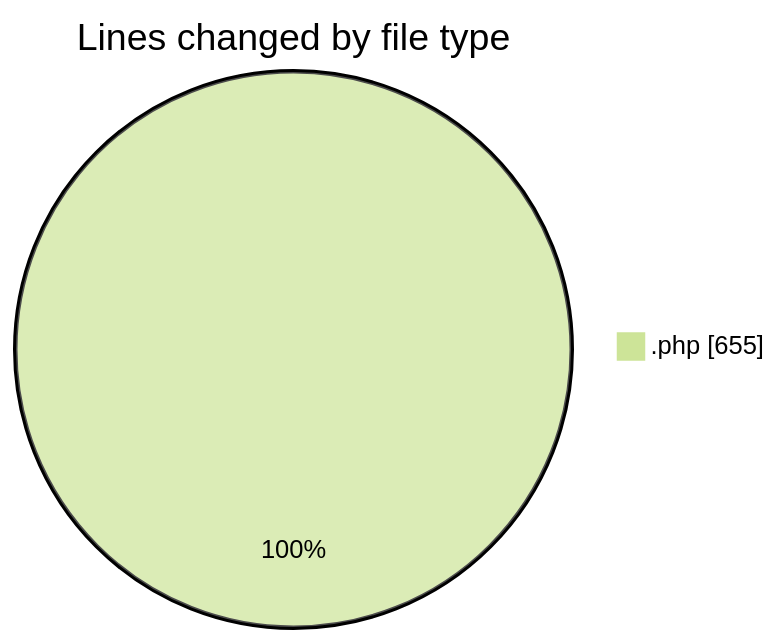
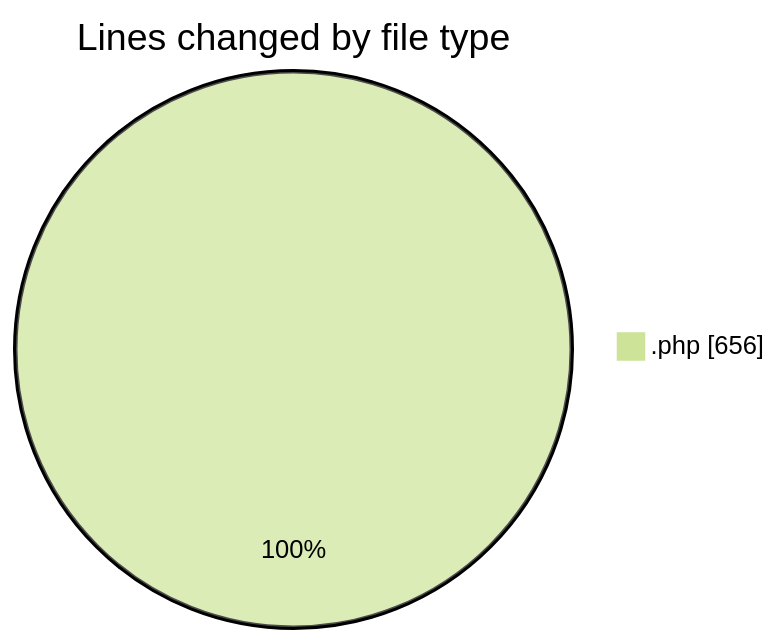
The first of 2 diagrams in 2025-01-22/oficina/README.md (LanceThiago/code-tracking), drawn with Mermaid (forest theme) before and after one commit. The commit also changed other lines of this file and 1 other file, not shown here.

````diff
--- a/2025-01-22/oficina/README.md
+++ b/2025-01-22/oficina/README.md
@@ -23,5 +23,5 @@
 ```mermaid
 pie showData
 title Lines changed by file type
-".php" : 655
+".php" : 656
 ```
````
